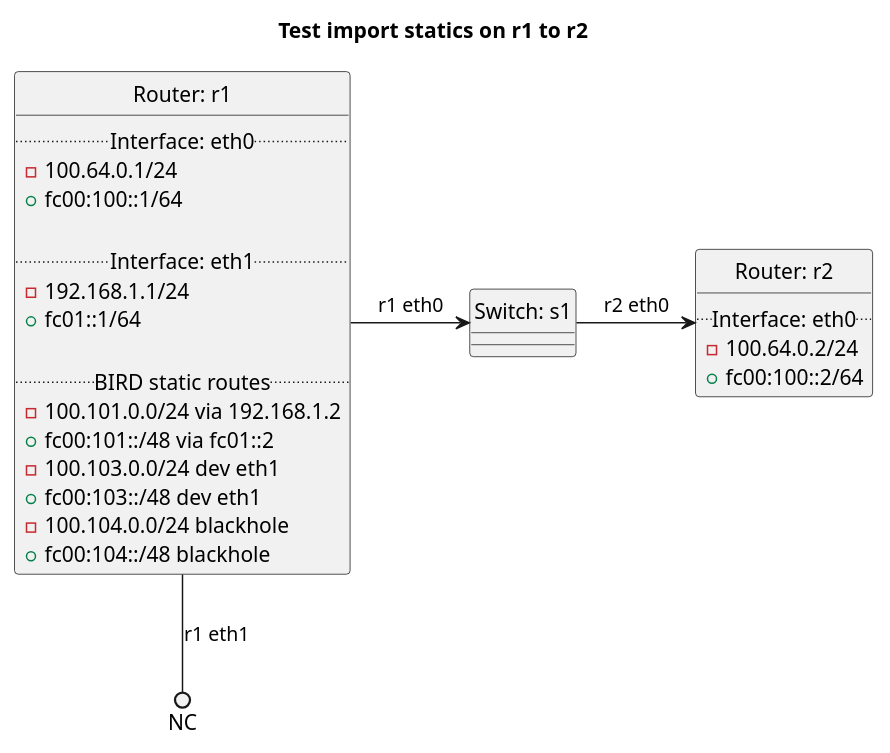
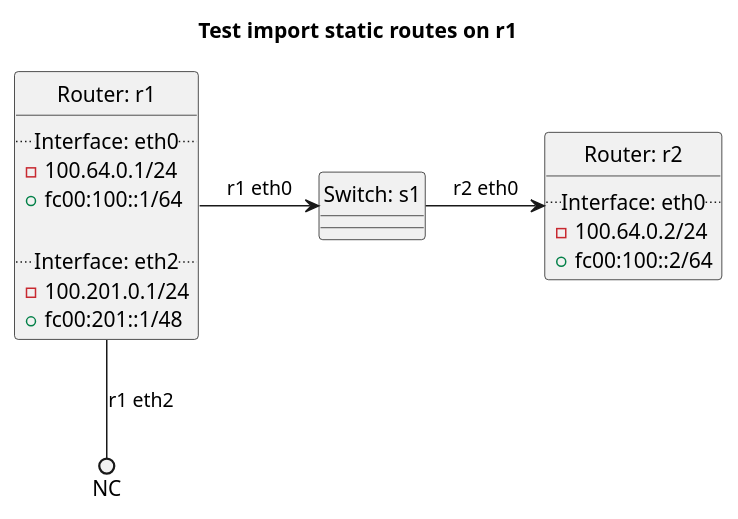
Before and after one commit to oscdev-io/birdplan: the diagram in tests/t40_bgp/t24_import_static/README.md, drawn with PlantUML. The commit also changed other lines of this file and 1499 other files, not shown here.

````diff
--- a/tests/t40_bgp/t24_import_static/README.md
+++ b/tests/t40_bgp/t24_import_static/README.md
@@ -25,42 +22,34 @@
 ```plantuml
 @startuml
 hide circle
-title Test import statics on r1 to r2
+title Test import static routes on r1
 
 
 class "Router: r1" {
   .. Interface: eth0 ..
 - 100.64.0.1/24
 + fc00:100::1/64
 
-  .. Interface: eth1 ..
-- 192.168.1.1/24
-+ fc01::1/64
-
-  .. BIRD static routes ..
-- 100.101.0.0/24 via 192.168.1.2
-+ fc00:101::/48 via fc01::2
-- 100.103.0.0/24 dev eth1
-+ fc00:103::/48 dev eth1
-- 100.104.0.0/24 blackhole
-+ fc00:104::/48 blackhole
+  .. Interface: eth2 ..
+- 100.201.0.1/24
++ fc00:201::1/48
 }
 
 
 class "Router: r2" {
   .. Interface: eth0 ..
 - 100.64.0.2/24
 + fc00:100::2/64
 }
 
 
 class "Switch: s1" {}
 
 
 "Router: r1" -> "Switch: s1": r1 eth0
 "Switch: s1" -> "Router: r2": r2 eth0
-"Router: r1" --() NC: r1 eth1
+"Router: r1" --() NC: r1 eth2
 
 
 @enduml
 ```
````
